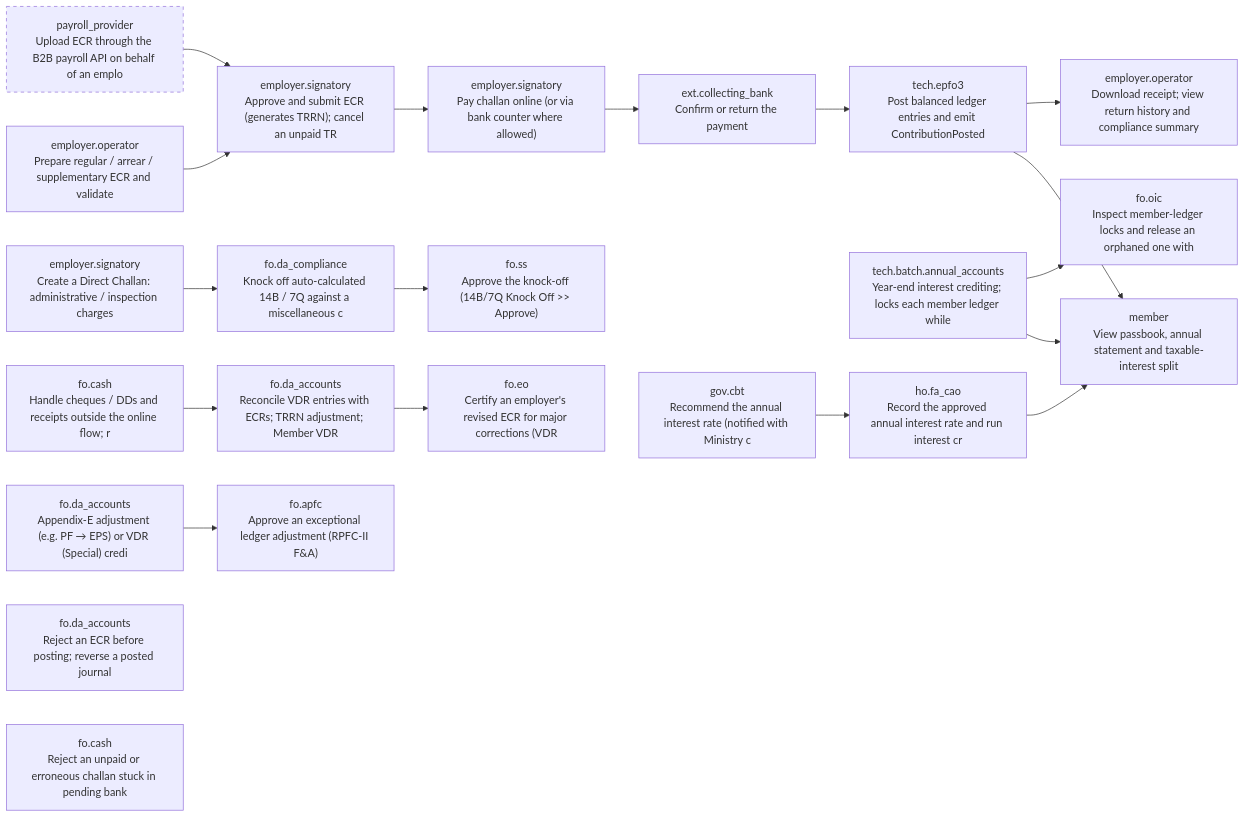
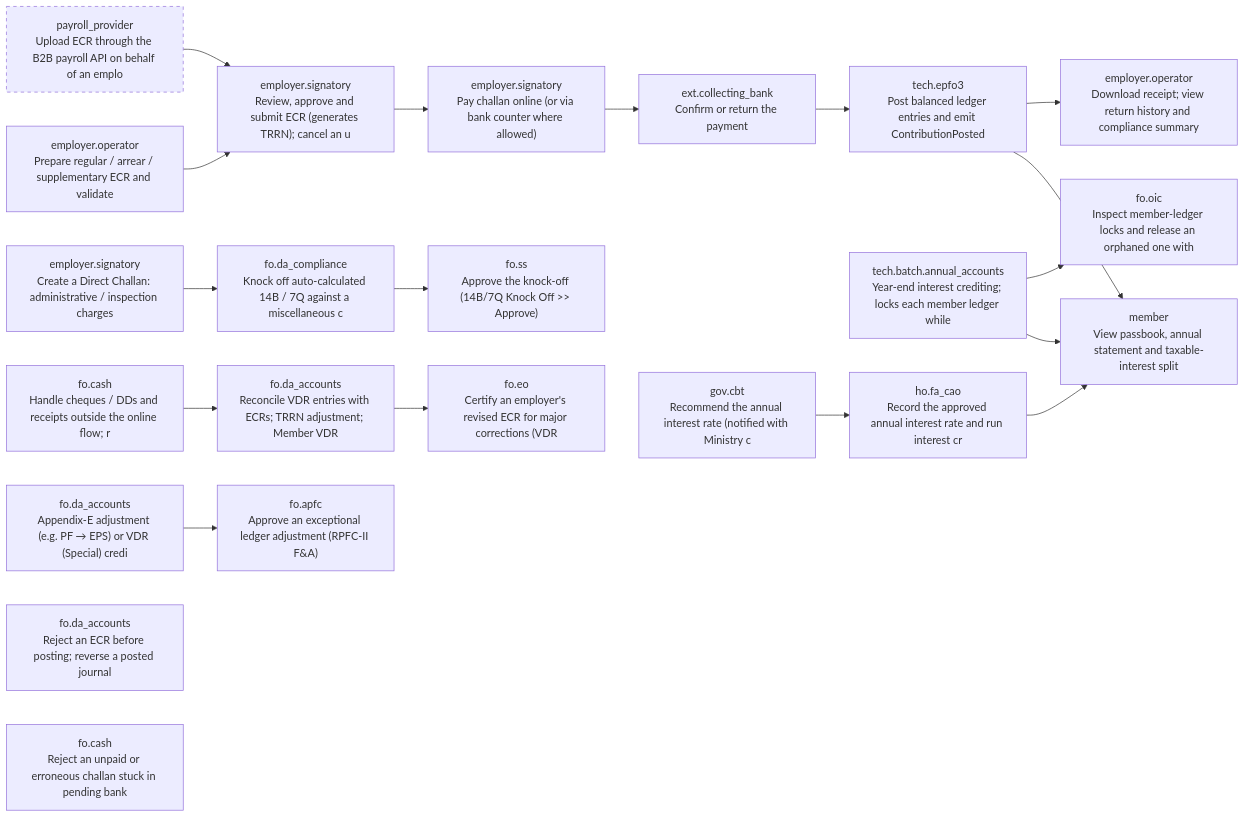
The third of 14 diagrams in docs/stakeholder-api-sets.md (gauravmeena0708/pf-life), drawn with Mermaid before and after one commit. The commit also changed other lines of this file and 41 other files, not shown here.

````diff
--- a/docs/stakeholder-api-sets.md
+++ b/docs/stakeholder-api-sets.md
@@ -1360,42 +1368,42 @@
 ```mermaid
 flowchart LR
   F03_ecr_prepare["employer.operator<br/>Prepare regular / arrear / supplementary ECR and validate"]
   F03_b2b_upload["payroll_provider<br/>Upload ECR through the B2B payroll API on behalf of an emplo"]
   style F03_b2b_upload stroke-dasharray: 5 5
-  F03_ecr_approve["employer.signatory<br/>Approve and submit ECR (generates TRRN); cancel an unpaid TR"]
+  F03_ecr_approve["employer.signatory<br/>Review, approve and submit ECR (generates TRRN); cancel an u"]
   F03_pay["employer.signatory<br/>Pay challan online (or via bank counter where allowed)"]
   F03_bank_confirm["ext.collecting_bank<br/>Confirm or return the payment"]
   F03_post["tech.epfo3<br/>Post balanced ledger entries and emit ContributionPosted"]
   F03_receipt["employer.operator<br/>Download receipt; view return history and compliance summary"]
   F03_passbook["member<br/>View passbook, annual statement and taxable-interest split"]
   F03_direct_challan["employer.signatory<br/>Create a Direct Challan: administrative / inspection charges"]
   F03_knock_off["fo.da_compliance<br/>Knock off auto-calculated 14B / 7Q against a miscellaneous c"]
   F03_knock_off_approve["fo.ss<br/>Approve the knock-off (14B/7Q Knock Off >> Approve)"]
   F03_receipts["fo.cash<br/>Handle cheques / DDs and receipts outside the online flow; r"]
   F03_vdr_reconcile["fo.da_accounts<br/>Reconcile VDR entries with ECRs; TRRN adjustment; Member VDR"]
   F03_eo_certify["fo.eo<br/>Certify an employer's revised ECR for major corrections (VDR"]
   F03_ledger_exception["fo.da_accounts<br/>Appendix-E adjustment (e.g. PF → EPS) or VDR (Special) credi"]
   F03_ledger_exception_approve["fo.apfc<br/>Approve an exceptional ledger adjustment (RPFC-II F&A)"]
   F03_ecr_reject["fo.da_accounts<br/>Reject an ECR before posting; reverse a posted journal"]
   F03_payment_reject["fo.cash<br/>Reject an unpaid or erroneous challan stuck in pending bank "]
   F03_annual_batch["tech.batch.annual_accounts<br/>Year-end interest crediting; locks each member ledger while "]
   F03_interest["ho.fa_cao<br/>Record the approved annual interest rate and run interest cr"]
   F03_interest_rate["gov.cbt<br/>Recommend the annual interest rate (notified with Ministry c"]
   F03_ecr_prepare --> F03_ecr_approve
   F03_b2b_upload --> F03_ecr_approve
   F03_ecr_approve --> F03_pay
   F03_pay --> F03_bank_confirm
   F03_bank_confirm --> F03_post
   F03_post --> F03_passbook
   F03_post --> F03_receipt
   F03_direct_challan --> F03_knock_off
   F03_knock_off --> F03_knock_off_approve
   F03_receipts --> F03_vdr_reconcile
   F03_vdr_reconcile --> F03_eo_certify
   F03_ledger_exception --> F03_ledger_exception_approve
   F03_annual_batch --> F03_passbook
   F04_lock_admin["fo.oic<br/>Inspect member-ledger locks and release an orphaned one with"]
   F03_annual_batch --> F04_lock_admin
   F03_interest --> F03_passbook
   F03_interest_rate --> F03_interest
 ```
````
